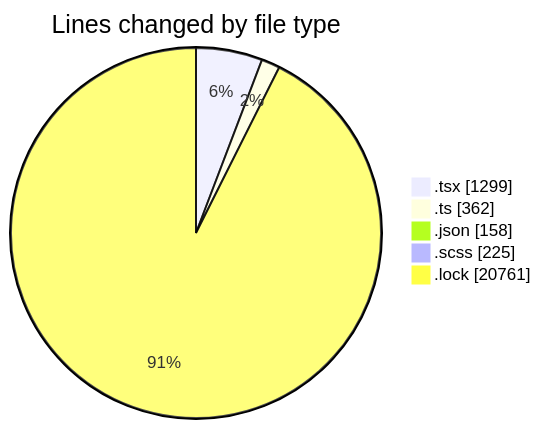
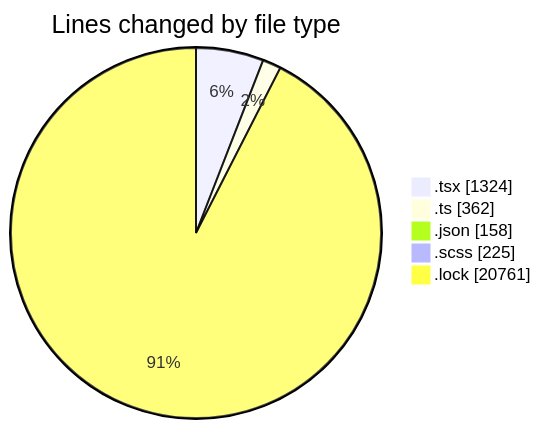
The first of 2 diagrams in 2025-04-29/cda/README.md (momahboobian/code-tracking), drawn with Mermaid before and after one commit. The commit also changed other lines of this file and 1 other file, not shown here.

````diff
--- a/2025-04-29/cda/README.md
+++ b/2025-04-29/cda/README.md
@@ -39,9 +39,9 @@
 ```mermaid
 pie showData
 title Lines changed by file type
-".tsx" : 1299
+".tsx" : 1324
 ".ts" : 362
 ".json" : 158
 ".scss" : 225
 ".lock" : 20761
 ```
````
